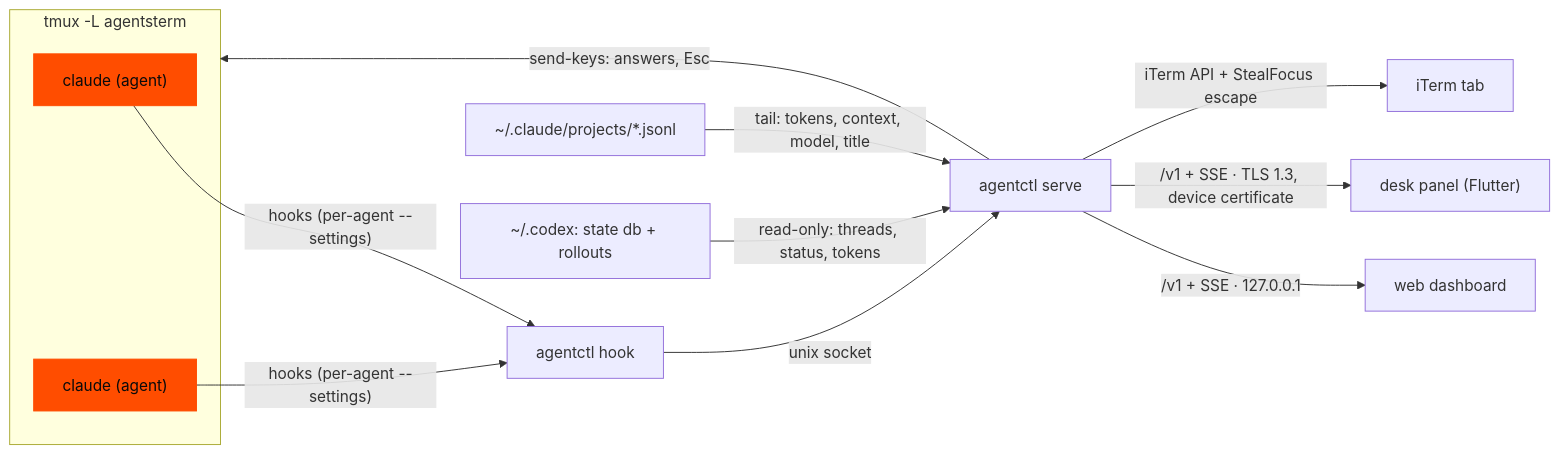
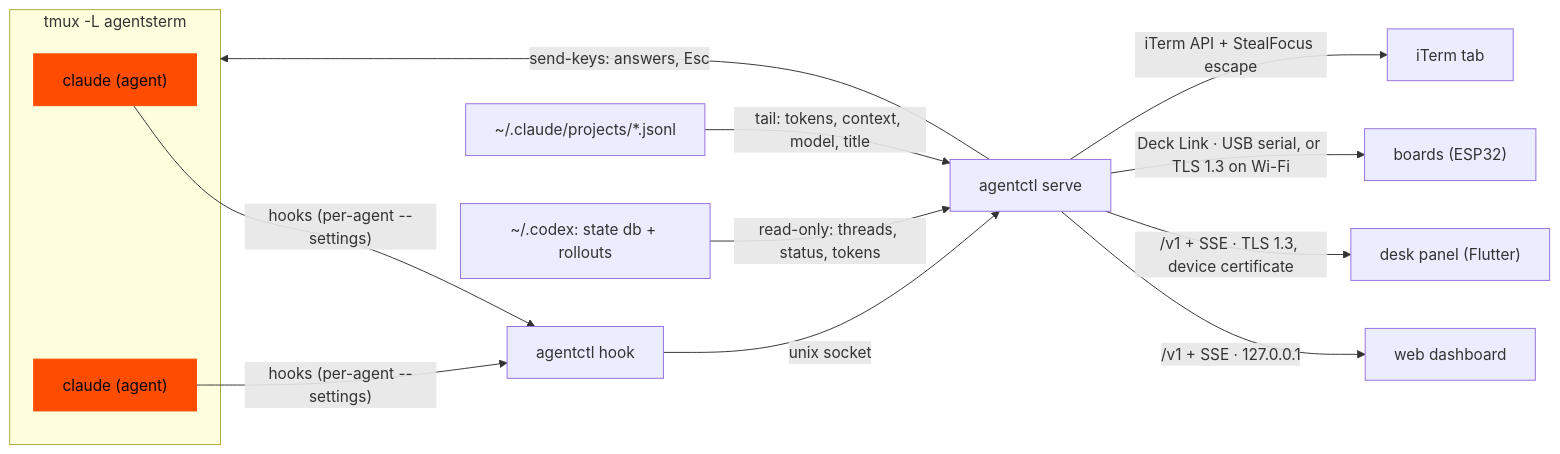
Before and after one commit to brushknight/agents-deck: the diagram in README.md, drawn with Mermaid. The commit also changed other lines of this file and 31 other files, not shown here.

````diff
--- a/README.md
+++ b/README.md
@@ -115,16 +269,17 @@
 ```mermaid
 flowchart LR
   subgraph tmux["tmux -L agentsterm"]
     C1["claude (agent)"]:::a
     C2["claude (agent)"]:::a
   end
   C1 & C2 -- "hooks (per-agent --settings)" --> H["agentctl hook"]
   H -- unix socket --> D["agentctl serve"]
   T["~/.claude/projects/*.jsonl"] -- "tail: tokens, context, model, title" --> D
   D -- "send-keys: answers, Esc" --> tmux
   D -- "/v1 + SSE · 127.0.0.1" --> W["web dashboard"]
   D -- "/v1 + SSE · TLS 1.3, device certificate" --> P["desk panel (Flutter)"]
+  D -- "Deck Link · USB serial, or TLS 1.3 on Wi-Fi" --> B["boards (ESP32)"]
   D -- "iTerm API + StealFocus escape" --> I["iTerm tab"]
   X["~/.codex: state db + rollouts"] -- "read-only: threads, status, tokens" --> D
   classDef a fill:#FF4D00,color:#0A0A0A,stroke:#FF4D00
 ```
````
